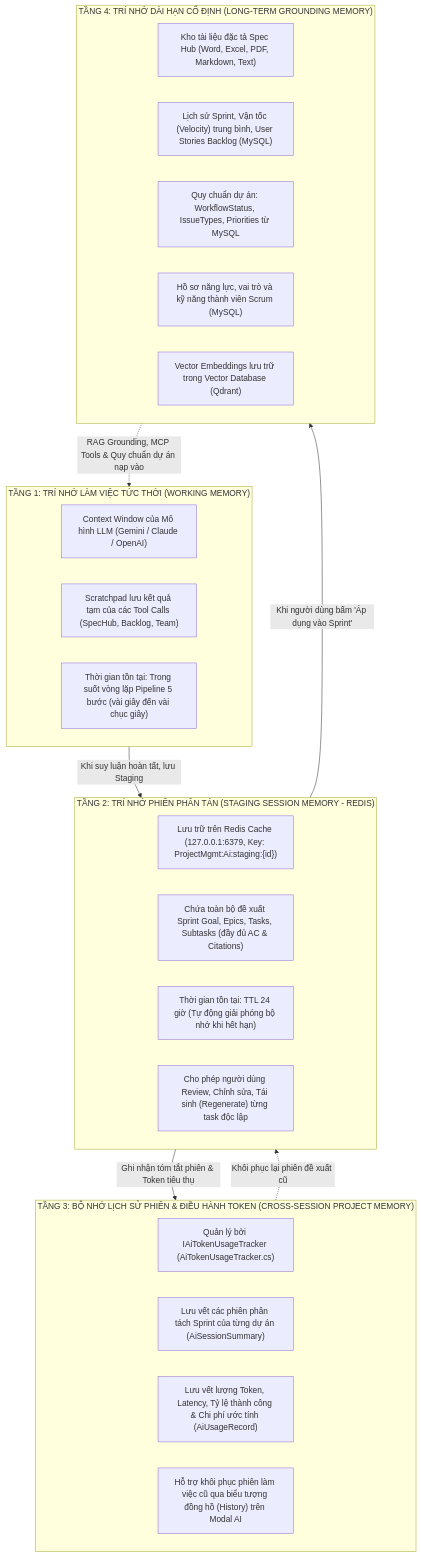
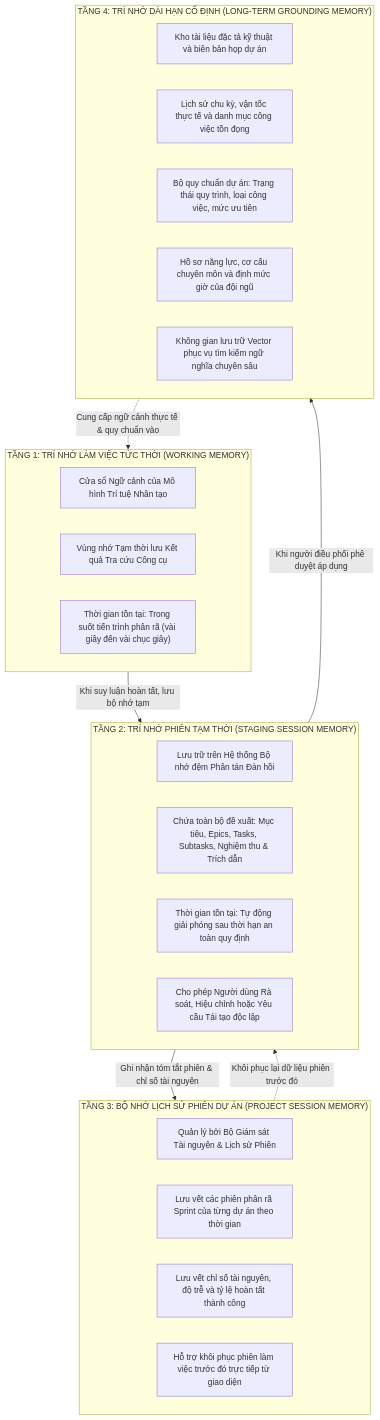
The first of 2 diagrams in docs/ai/03-co-che-tri-nho-redis-memory.md (TranHoang2k40525/ProjectMgmt), drawn with Mermaid before and after one commit. The commit also changed other lines of this file and 6 other files, not shown here.

Commit message:
docs(ai): sanitize diagrams to architectural naming convention without code files, tech or method leakage

````diff
--- a/docs/ai/03-co-che-tri-nho-redis-memory.md
+++ b/docs/ai/03-co-che-tri-nho-redis-memory.md
@@ -10,36 +10,36 @@
 ```mermaid
 flowchart TD
     subgraph T1["TẦNG 1: TRÍ NHỚ LÀM VIỆC TỨC THỜI (WORKING MEMORY)"]
-        WM1["Context Window của Mô hình LLM (Gemini / Claude / OpenAI)"]
-        WM2["Scratchpad lưu kết quả tạm của các Tool Calls (SpecHub, Backlog, Team)"]
-        WM3["Thời gian tồn tại: Trong suốt vòng lặp Pipeline 5 bước (vài giây đến vài chục giây)"]
+        WM1["Cửa sổ Ngữ cảnh của Mô hình Trí tuệ Nhân tạo"]
+        WM2["Vùng nhớ Tạm thời lưu Kết quả Tra cứu Công cụ"]
+        WM3["Thời gian tồn tại: Trong suốt tiến trình phân rã (vài giây đến vài chục giây)"]
     end
 
-    subgraph T2["TẦNG 2: TRÍ NHỚ PHIÊN PHÂN TÁN (STAGING SESSION MEMORY - REDIS)"]
-        SM1["Lưu trữ trên Redis Cache (127.0.0.1:6379, Key: ProjectMgmt:Ai:staging:{id})"]
-        SM2["Chứa toàn bộ đề xuất Sprint Goal, Epics, Tasks, Subtasks (đầy đủ AC & Citations)"]
-        SM3["Thời gian tồn tại: TTL 24 giờ (Tự động giải phóng bộ nhớ khi hết hạn)"]
-        SM4["Cho phép người dùng Review, Chỉnh sửa, Tái sinh (Regenerate) từng task độc lập"]
+    subgraph T2["TẦNG 2: TRÍ NHỚ PHIÊN TẠM THỜI (STAGING SESSION MEMORY)"]
+        SM1["Lưu trữ trên Hệ thống Bộ nhớ đệm Phân tán Đàn hồi"]
+        SM2["Chứa toàn bộ đề xuất: Mục tiêu, Epics, Tasks, Subtasks, Nghiệm thu & Trích dẫn"]
+        SM3["Thời gian tồn tại: Tự động giải phóng sau thời hạn an toàn quy định"]
+        SM4["Cho phép Người dùng Rà soát, Hiệu chỉnh hoặc Yêu cầu Tái tạo độc lập"]
     end
 
-    subgraph T3["TẦNG 3: BỘ NHỚ LỊCH SỬ PHIÊN & ĐIỀU HÀNH TOKEN (CROSS-SESSION PROJECT MEMORY)"]
-        PM1["Quản lý bởi IAiTokenUsageTracker (AiTokenUsageTracker.cs)"]
-        PM2["Lưu vết các phiên phân tách Sprint của từng dự án (AiSessionSummary)"]
-        PM3["Lưu vết lượng Token, Latency, Tỷ lệ thành công & Chi phí ước tính (AiUsageRecord)"]
-        PM4["Hỗ trợ khôi phục phiên làm việc cũ qua biểu tượng đồng hồ (History) trên Modal AI"]
+    subgraph T3["TẦNG 3: BỘ NHỚ LỊCH SỬ PHIÊN DỰ ÁN (PROJECT SESSION MEMORY)"]
+        PM1["Quản lý bởi Bộ Giám sát Tài nguyên & Lịch sử Phiên"]
+        PM2["Lưu vết các phiên phân rã Sprint của từng dự án theo thời gian"]
+        PM3["Lưu vết chỉ số tài nguyên, độ trễ và tỷ lệ hoàn tất thành công"]
+        PM4["Hỗ trợ khôi phục phiên làm việc trước đó trực tiếp từ giao diện"]
     end
 
     subgraph T4["TẦNG 4: TRÍ NHỚ DÀI HẠN CỐ ĐỊNH (LONG-TERM GROUNDING MEMORY)"]
-        LM1["Kho tài liệu đặc tả Spec Hub (Word, Excel, PDF, Markdown, Text)"]
-        LM2["Lịch sử Sprint, Vận tốc (Velocity) trung bình, User Stories Backlog (MySQL)"]
-        LM3["Quy chuẩn dự án: WorkflowStatus, IssueTypes, Priorities từ MySQL"]
-        LM4["Hồ sơ năng lực, vai trò và kỹ năng thành viên Scrum (MySQL)"]
-        LM5["Vector Embeddings lưu trữ trong Vector Database (Qdrant)"]
+        LM1["Kho tài liệu đặc tả kỹ thuật và biên bản họp dự án"]
+        LM2["Lịch sử chu kỳ, vận tốc thực tế và danh mục công việc tồn đọng"]
+        LM3["Bộ quy chuẩn dự án: Trạng thái quy trình, loại công việc, mức ưu tiên"]
+        LM4["Hồ sơ năng lực, cơ cấu chuyên môn và định mức giờ của đội ngũ"]
+        LM5["Không gian lưu trữ Vector phục vụ tìm kiếm ngữ nghĩa chuyên sâu"]
     end
 
-    T1 -->|Khi suy luận hoàn tất, lưu Staging| T2
-    T2 -->|Ghi nhận tóm tắt phiên & Token tiêu thụ| T3
-    T2 -->|Khi người dùng bấm 'Áp dụng vào Sprint'| T4
-    T3 -.->|Khôi phục lại phiên đề xuất cũ| T2
-    T4 -.->|RAG Grounding, MCP Tools & Quy chuẩn dự án nạp vào| T1
+    T1 -->|Khi suy luận hoàn tất, lưu bộ nhớ tạm| T2
+    T2 -->|Ghi nhận tóm tắt phiên & chỉ số tài nguyên| T3
+    T2 -->|Khi người điều phối phê duyệt áp dụng| T4
+    T3 -.->|Khôi phục lại dữ liệu phiên trước đó| T2
+    T4 -.->|Cung cấp ngữ cảnh thực tế & quy chuẩn vào| T1
 ```
````
